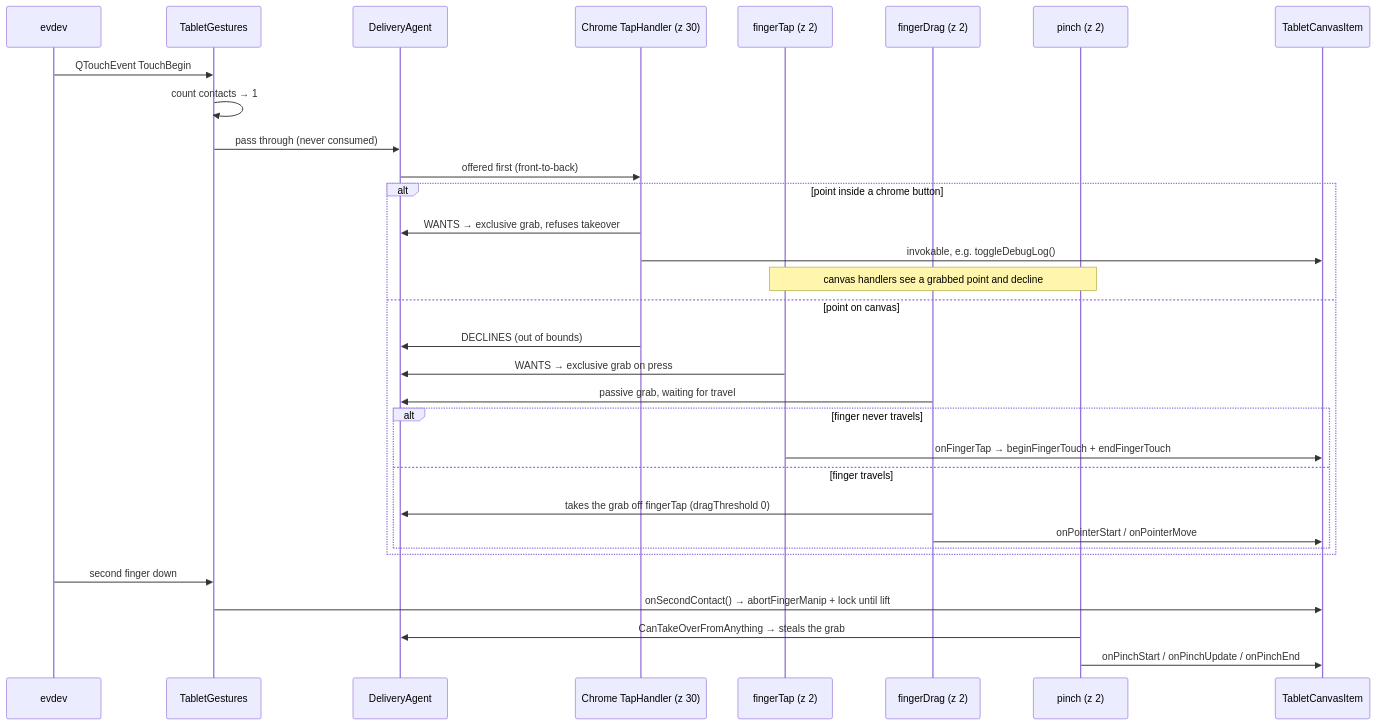
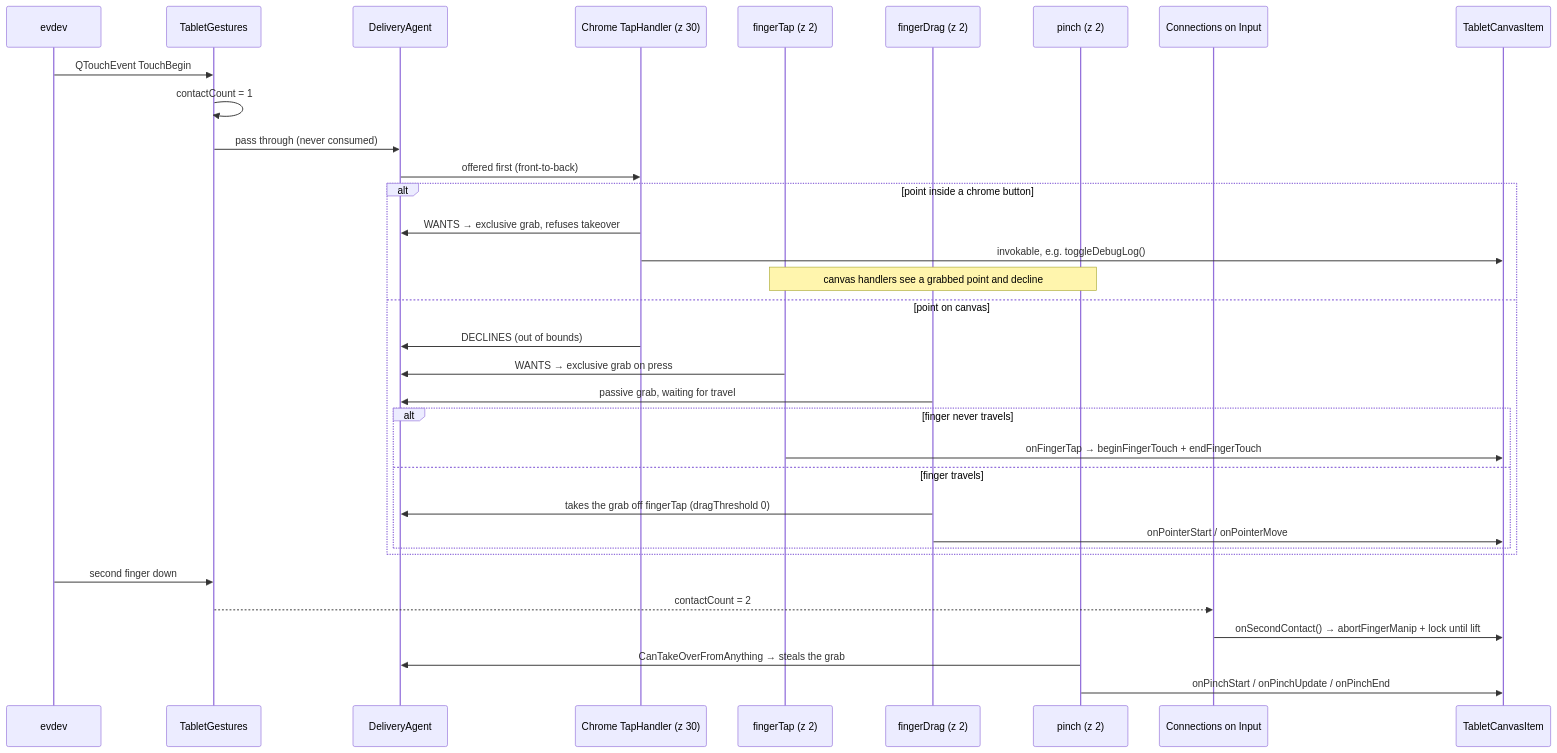
Before and after one commit to hoaidv/reawa: the third of 4 diagrams in .docs/modules/epaper/features/event-system/event-flow.md, drawn with Mermaid. The commit also changed other lines of this file and 9 other files, not shown here.

````diff
--- a/.docs/modules/epaper/features/event-system/event-flow.md
+++ b/.docs/modules/epaper/features/event-system/event-flow.md
@@ -135,34 +157,36 @@
 ```mermaid
 sequenceDiagram
   participant K as evdev
   participant F as TabletGestures
   participant A as DeliveryAgent
   participant B as Chrome TapHandler (z 30)
   participant T as fingerTap (z 2)
   participant D as fingerDrag (z 2)
   participant P as pinch (z 2)
+  participant Q as Connections on Input
   participant C as TabletCanvasItem
   K->>F: QTouchEvent TouchBegin
-  F->>F: count contacts → 1
+  F->>F: contactCount = 1
   F->>A: pass through (never consumed)
   A->>B: offered first (front-to-back)
   alt point inside a chrome button
     B->>A: WANTS → exclusive grab, refuses takeover
     B->>C: invokable, e.g. toggleDebugLog()
     Note over T,P: canvas handlers see a grabbed point and decline
   else point on canvas
     B->>A: DECLINES (out of bounds)
     T->>A: WANTS → exclusive grab on press
     D->>A: passive grab, waiting for travel
     alt finger never travels
       T->>C: onFingerTap → beginFingerTouch + endFingerTouch
     else finger travels
       D->>A: takes the grab off fingerTap (dragThreshold 0)
       D->>C: onPointerStart / onPointerMove
     end
   end
   K->>F: second finger down
-  F->>C: onSecondContact() → abortFingerManip + lock until lift
+  F-->>Q: contactCount = 2
+  Q->>C: onSecondContact() → abortFingerManip + lock until lift
   P->>A: CanTakeOverFromAnything → steals the grab
   P->>C: onPinchStart / onPinchUpdate / onPinchEnd
 ```
````
